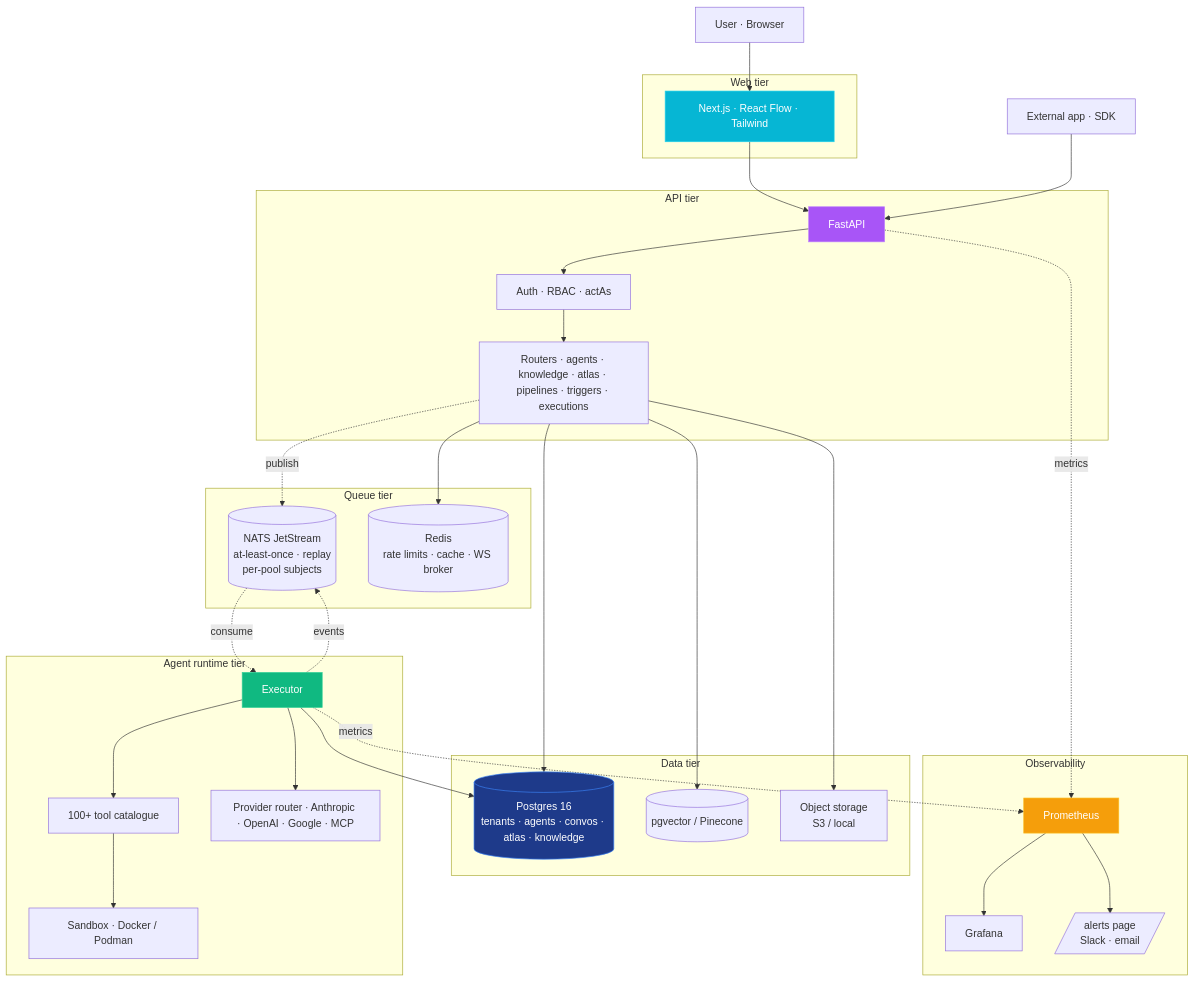
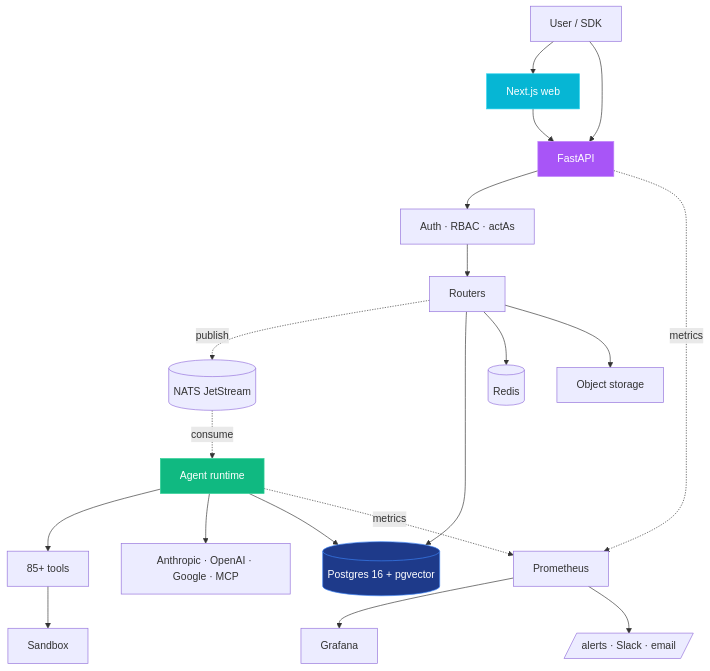
One commit to sarkar4777/abenix changed the fourth of 4 diagrams in README.md. Above: the diagram before and after it, drawn with Mermaid. The commit also changed other lines of this file and 94 other files, not shown here.

````diff
--- a/README.md
+++ b/README.md
@@ -394,62 +429,23 @@
 ```mermaid
 flowchart TB
-    USER[User · Browser]
-    SDK[External app · SDK]
-
-    subgraph web["Web tier"]
-        NEXT[Next.js · React Flow · Tailwind]
-    end
-
-    subgraph api["API tier"]
-        FAPI[FastAPI]
-        AUTH[Auth · RBAC · actAs]
-        ROUT[Routers · agents · knowledge · atlas · pipelines · triggers · executions]
-    end
-
-    subgraph runtime["Agent runtime tier"]
-        EXEC[Executor]
-        TOOLS[100+ tool catalogue]
-        SAND[Sandbox · Docker / Podman]
-        LLM[Provider router · Anthropic · OpenAI · Google · MCP]
-    end
-
-    subgraph queue["Queue tier"]
-        NATS[(NATS JetStream<br/>at-least-once · replay<br/>per-pool subjects)]
-        REDIS[(Redis<br/>rate limits · cache · WS broker)]
-    end
-
-    subgraph data["Data tier"]
-        PG[(Postgres 16<br/>tenants · agents · convos · atlas · knowledge)]
-        VEC[(pgvector / Pinecone)]
-        STOR[Object storage<br/>S3 / local]
-    end
-
-    subgraph obs["Observability"]
-        PROM[Prometheus]
-        GRAF[Grafana]
-        ALERT[/alerts page<br/>Slack · email/]
-    end
-
-    USER --> NEXT --> FAPI
-    SDK --> FAPI
-    FAPI --> AUTH --> ROUT
-    ROUT -.publish.-> NATS
-    NATS -.consume.-> EXEC
-    EXEC --> TOOLS --> SAND
-    EXEC --> LLM
-    ROUT --> PG
-    ROUT --> REDIS
-    ROUT --> VEC
-    ROUT --> STOR
+    USER[User / SDK] --> NEXT[Next.js web]
+    USER --> FAPI[FastAPI]
+    NEXT --> FAPI
+    FAPI --> AUTH[Auth · RBAC · actAs] --> ROUT[Routers]
+    ROUT -.publish.-> NATS[(NATS JetStream)]
+    NATS -.consume.-> EXEC[Agent runtime]
+    EXEC --> TOOLS[85+ tools] --> SAND[Sandbox]
+    EXEC --> LLM[Anthropic · OpenAI · Google · MCP]
+    ROUT --> PG[(Postgres 16 + pgvector)]
+    ROUT --> REDIS[(Redis)]
+    ROUT --> STOR[Object storage]
     EXEC --> PG
-    EXEC -.events.-> NATS
-    FAPI -.metrics.-> PROM --> GRAF
+    FAPI -.metrics.-> PROM[Prometheus] --> GRAF[Grafana]
     EXEC -.metrics.-> PROM
-    PROM --> ALERT
+    PROM --> ALERT[/alerts · Slack · email/]
 
     style NEXT fill:#06b6d4,stroke:#22d3ee,color:#fff
     style FAPI fill:#a855f7,stroke:#c084fc,color:#fff
     style EXEC fill:#10b981,stroke:#34d399,color:#fff
     style PG fill:#1e3a8a,stroke:#3b82f6,color:#fff
-    style PROM fill:#f59e0b,stroke:#fbbf24,color:#fff
 ```
````
